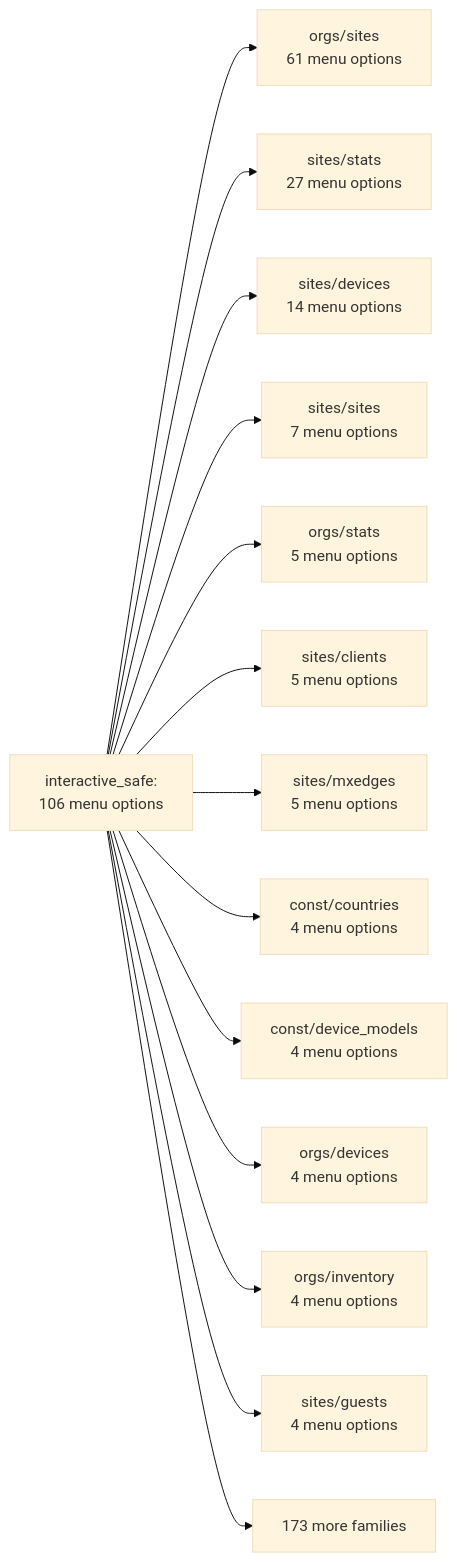
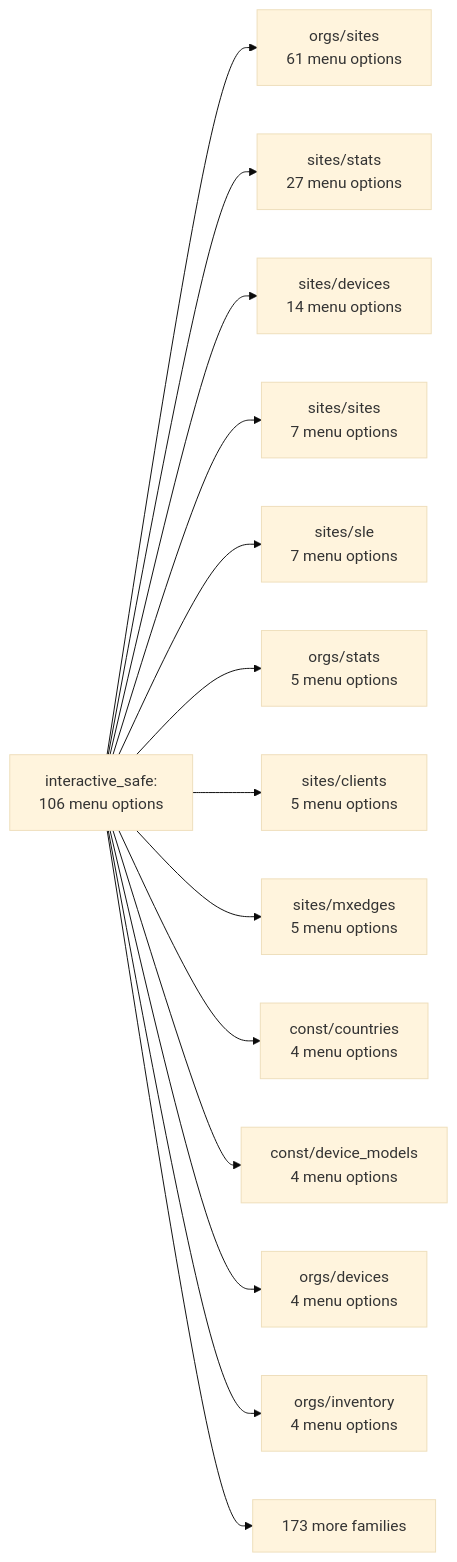
The first of 26 diagrams in documentation/menu-api/interactive-safe.md (jmorrison-juniper/MistHelper), drawn with Mermaid (base theme) before and after one commit. The commit also changed other lines of this file and 19 other files, not shown here.

````diff
--- a/documentation/menu-api/interactive-safe.md
+++ b/documentation/menu-api/interactive-safe.md
@@ -17,17 +17,17 @@
 ```mermaid
 flowchart LR
     root["interactive_safe:<br/>106 menu options"]
     root --> f_orgs_sites["orgs/sites<br/>61 menu options"]
     root --> f_sites_stats["sites/stats<br/>27 menu options"]
     root --> f_sites_devices["sites/devices<br/>14 menu options"]
     root --> f_sites_sites["sites/sites<br/>7 menu options"]
+    root --> f_sites_sle["sites/sle<br/>7 menu options"]
     root --> f_orgs_stats["orgs/stats<br/>5 menu options"]
     root --> f_sites_clients["sites/clients<br/>5 menu options"]
     root --> f_sites_mxedges["sites/mxedges<br/>5 menu options"]
     root --> f_const_countries["const/countries<br/>4 menu options"]
     root --> f_const_device_models["const/device_models<br/>4 menu options"]
     root --> f_orgs_devices["orgs/devices<br/>4 menu options"]
     root --> f_orgs_inventory["orgs/inventory<br/>4 menu options"]
-    root --> f_sites_guests["sites/guests<br/>4 menu options"]
     root --> more["173 more families"]
 ```
````
